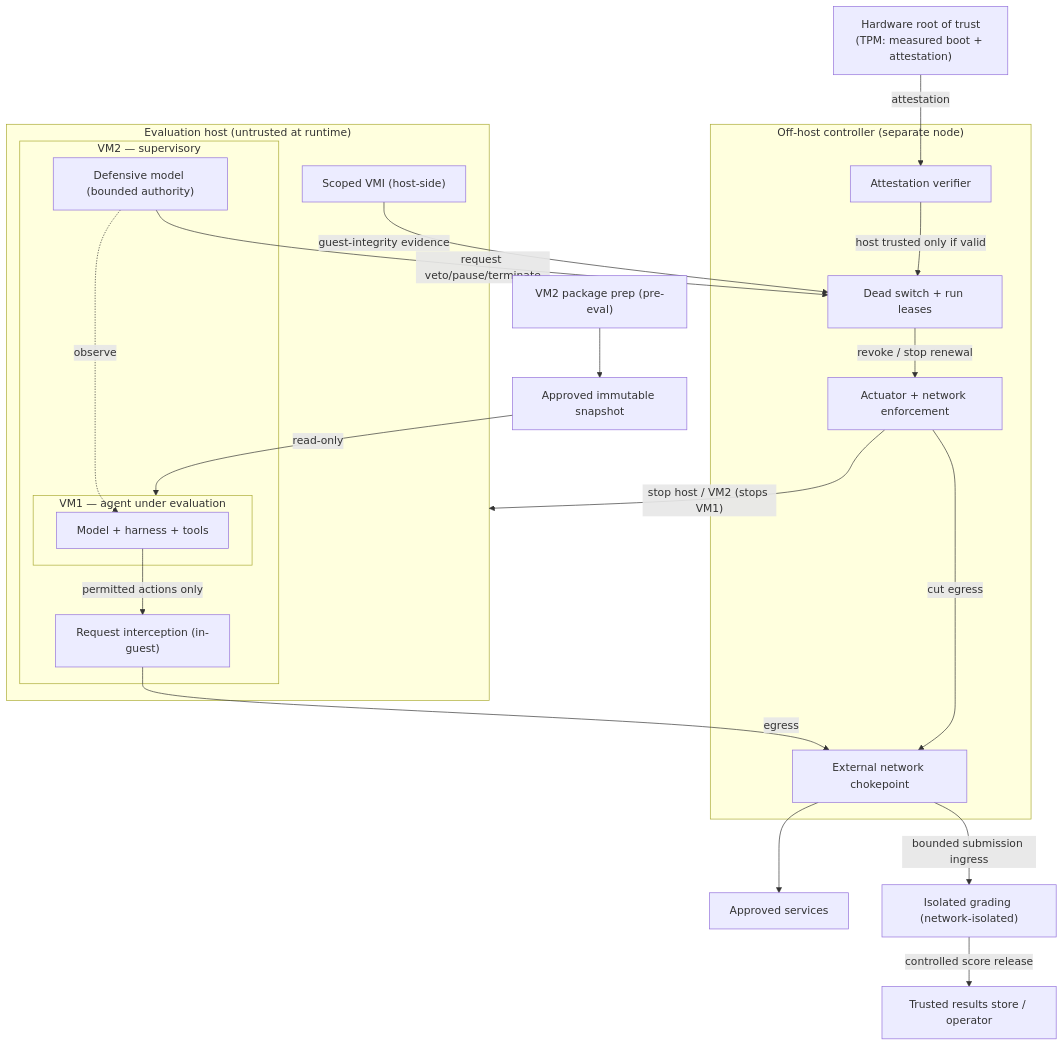
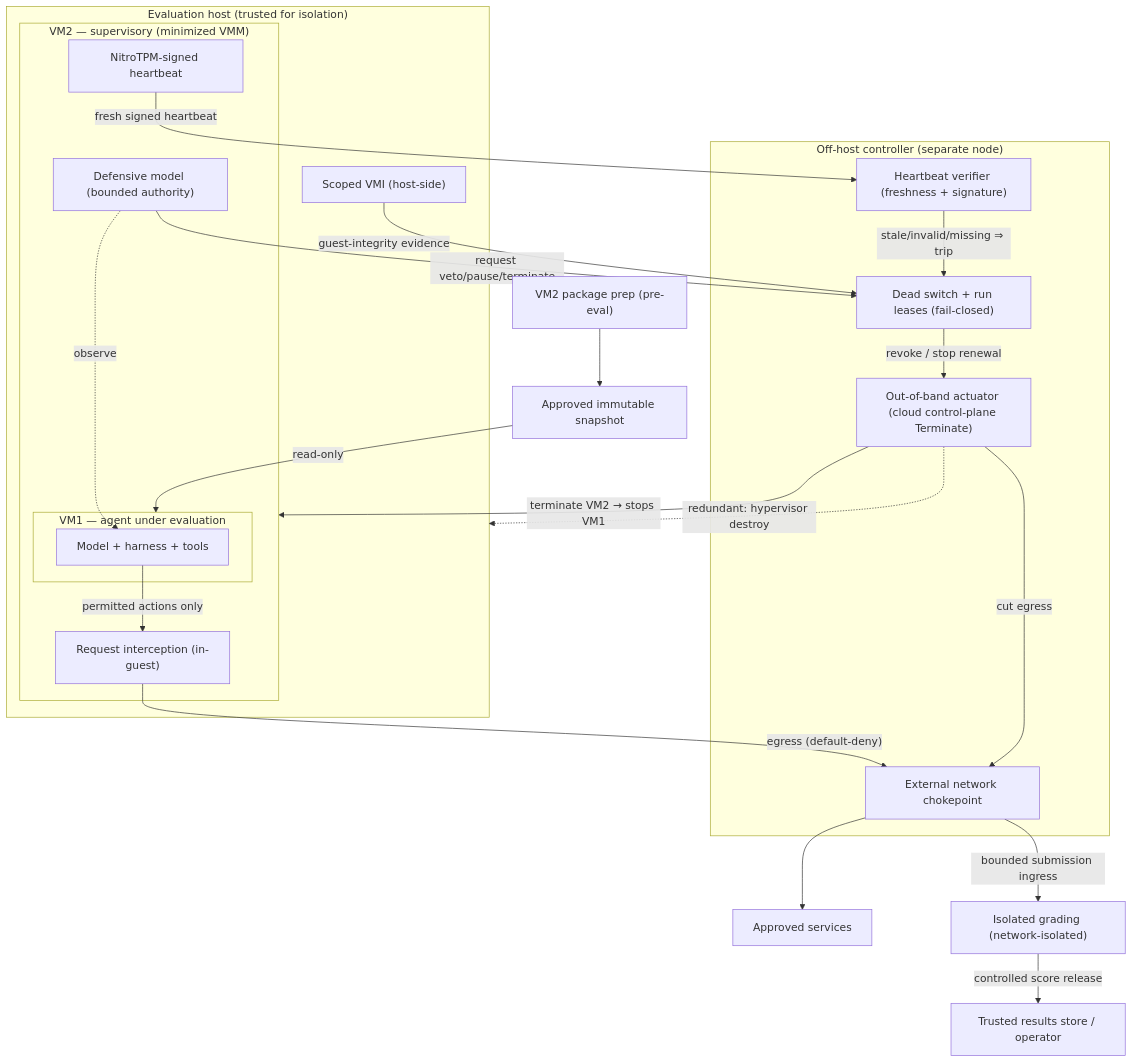
One commit to twigglits/agent-containment-dead-switch changed the diagram in dead-switch-architecture.mmd. Above: the diagram before and after it, drawn with Mermaid. The commit also changed 3 other files, not shown here.

Commit message:
added updates to MVP diagram reference architecture plan

```diff
--- a/dead-switch-architecture.mmd
+++ b/dead-switch-architecture.mmd
@@ -1,38 +1,38 @@
 flowchart TB
     Prep["VM2 package prep (pre-eval)"] --> Snap["Approved immutable snapshot"]
 
     subgraph OFFHOST["Off-host controller (separate node)"]
-      Verify["Attestation verifier"]
-      Lease["Dead switch + run leases"]
-      Actuator["Actuator + network enforcement"]
+      Verify["Heartbeat verifier (freshness + signature)"]
+      Lease["Dead switch + run leases (fail-closed)"]
+      Actuator["Out-of-band actuator (cloud control-plane Terminate)"]
       Choke["External network chokepoint"]
     end
 
-    subgraph HOST["Evaluation host (untrusted at runtime)"]
-      subgraph VM2["VM2 — supervisory"]
+    subgraph HOST["Evaluation host (trusted for isolation)"]
+      subgraph VM2["VM2 — supervisory (minimized VMM)"]
         subgraph VM1["VM1 — agent under evaluation"]
           Agent["Model + harness + tools"]
         end
         Intercept["Request interception (in-guest)"]
         Defender["Defensive model (bounded authority)"]
+        HB["NitroTPM-signed heartbeat"]
       end
       VMI["Scoped VMI (host-side)"]
     end
 
-    TPM["Hardware root of trust<br/>(TPM: measured boot + attestation)"]
-
     Snap -->|"read-only"| VM1
     Agent -->|"permitted actions only"| Intercept
     Defender -.->|"observe"| Agent
-    Intercept -->|"egress"| Choke
+    Intercept -->|"egress (default-deny)"| Choke
     Choke --> Services["Approved services"]
     Choke -->|"bounded submission ingress"| Grader["Isolated grading (network-isolated)"]
     Grader -->|"controlled score release"| Results["Trusted results store / operator"]
 
-    TPM -->|"attestation"| Verify
+    HB -->|"fresh signed heartbeat"| Verify
     VMI -->|"guest-integrity evidence"| Lease
-    Verify -->|"host trusted only if valid"| Lease
     Defender -->|"request veto/pause/terminate"| Lease
+    Verify -->|"stale/invalid/missing ⇒ trip"| Lease
     Lease -->|"revoke / stop renewal"| Actuator
     Actuator -->|"cut egress"| Choke
-    Actuator -->|"stop host / VM2 (stops VM1)"| HOST
+    Actuator -->|"terminate VM2 → stops VM1"| VM2
+    Actuator -.->|"redundant: hypervisor destroy"| HOST
```
